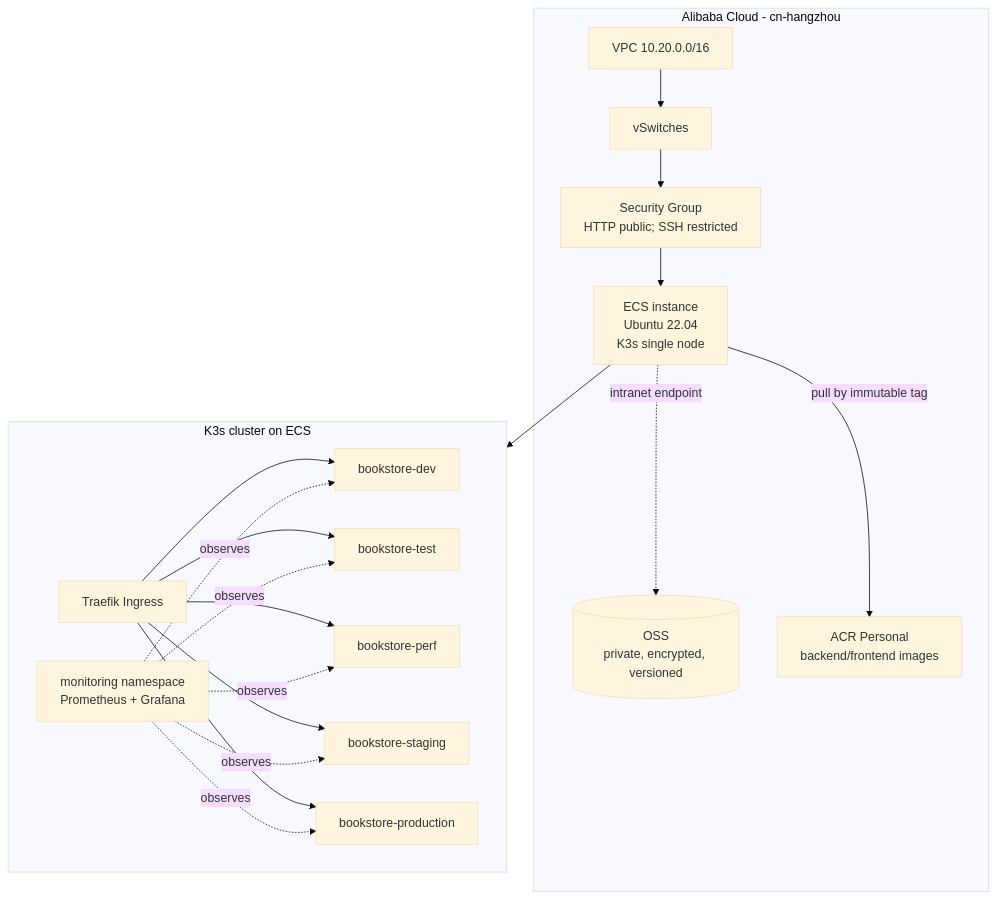
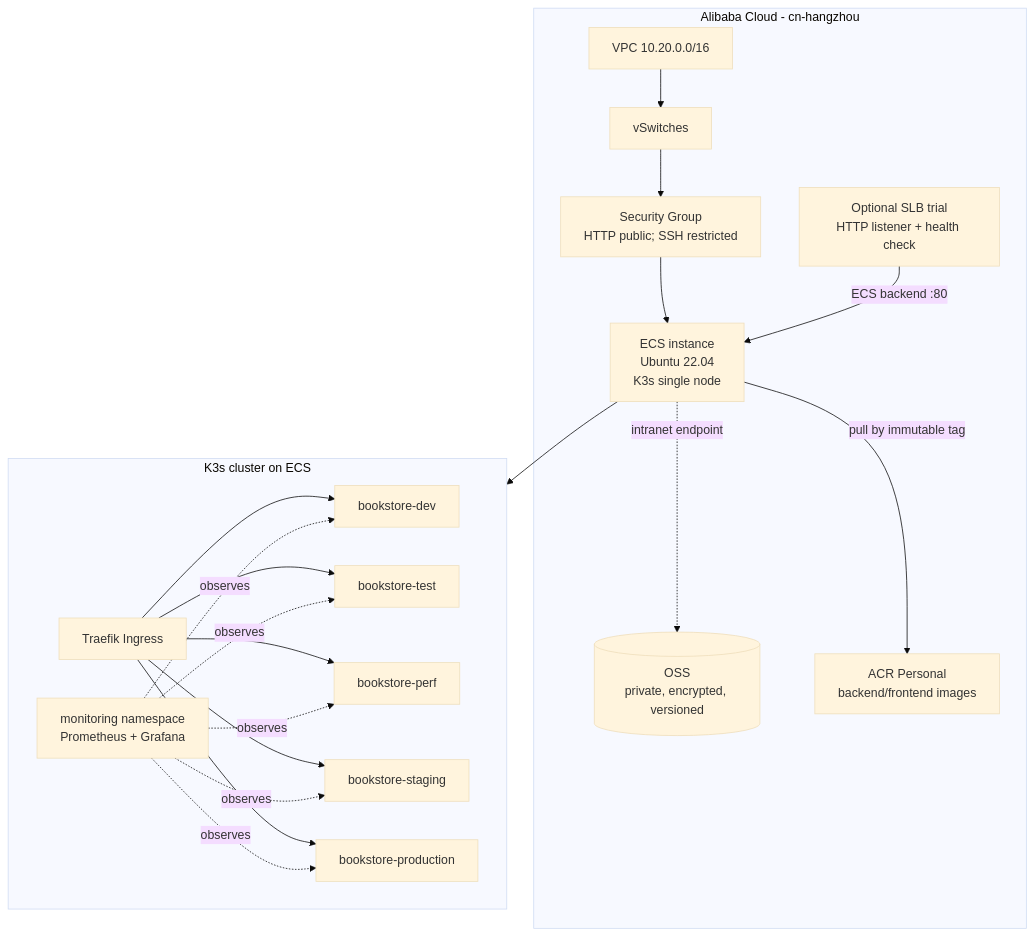
The second of 3 diagrams in docs/architecture.md (xxseehome/cloud-native-online-bookstore), drawn with Mermaid (base theme) before and after one commit. The commit also changed other lines of this file and 16 other files, not shown here.

Commit message:
feat(terraform): integrate optional SLB trial

````diff
--- a/docs/architecture.md
+++ b/docs/architecture.md
@@ -28,34 +28,36 @@
 ```mermaid
 flowchart TB
     subgraph Alibaba[Alibaba Cloud - cn-hangzhou]
         VPC[VPC 10.20.0.0/16]
         VS[vSwitches]
         SG[Security Group\nHTTP public; SSH restricted]
         ECS[ECS instance\nUbuntu 22.04\nK3s single node]
+        SLB[Optional SLB trial\nHTTP listener + health check]
         OSS[(OSS\nprivate, encrypted, versioned)]
         ACR[ACR Personal\nbackend/frontend images]
         VPC --> VS --> SG --> ECS
+        SLB -->|ECS backend :80| ECS
         ECS -. intranet endpoint .-> OSS
         ECS -->|pull by immutable tag| ACR
     end
     subgraph K3s[K3s cluster on ECS]
         T[Traefik Ingress]
         N1[bookstore-dev]
         N2[bookstore-test]
         N3[bookstore-perf]
         N4[bookstore-staging]
         N5[bookstore-production]
         MON[monitoring namespace\nPrometheus + Grafana]
         T --> N1
         T --> N2
         T --> N3
         T --> N4
         T --> N5
         MON -.->|observes| N1
         MON -.->|observes| N2
         MON -.->|observes| N3
         MON -.->|observes| N4
         MON -.->|observes| N5
     end
     ECS --> K3s
 ```
````
